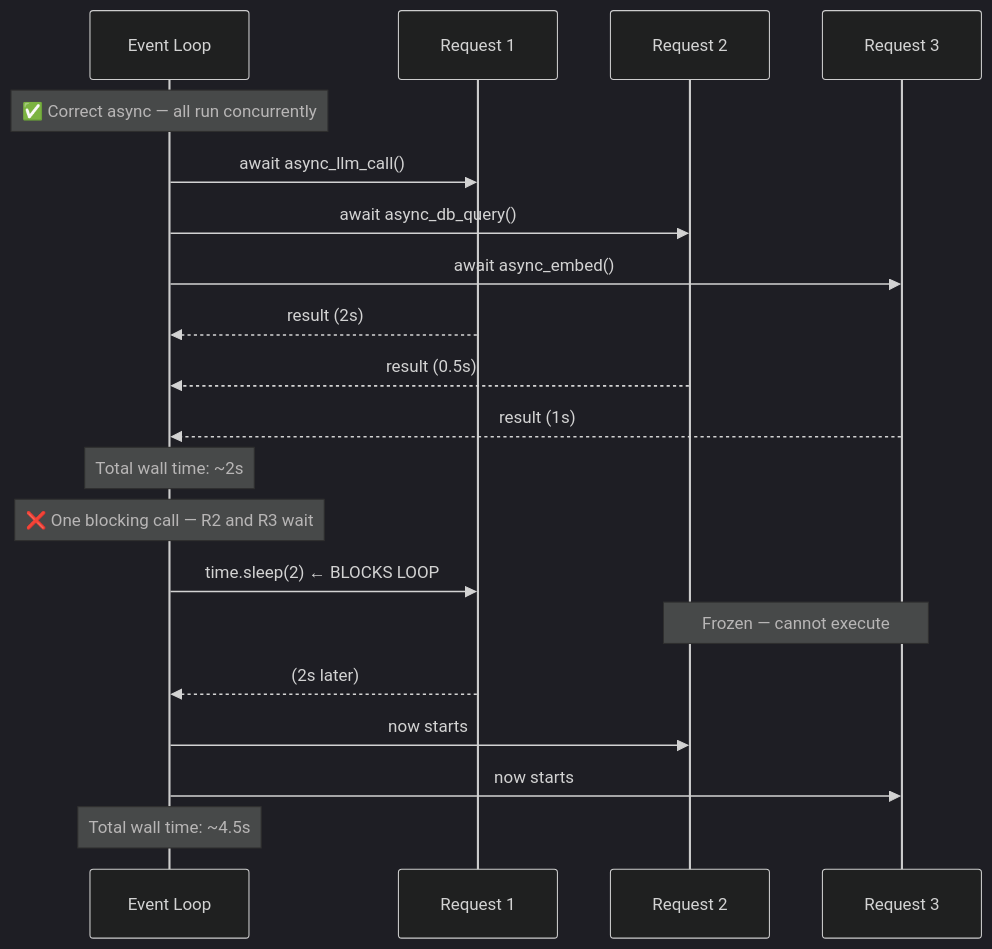
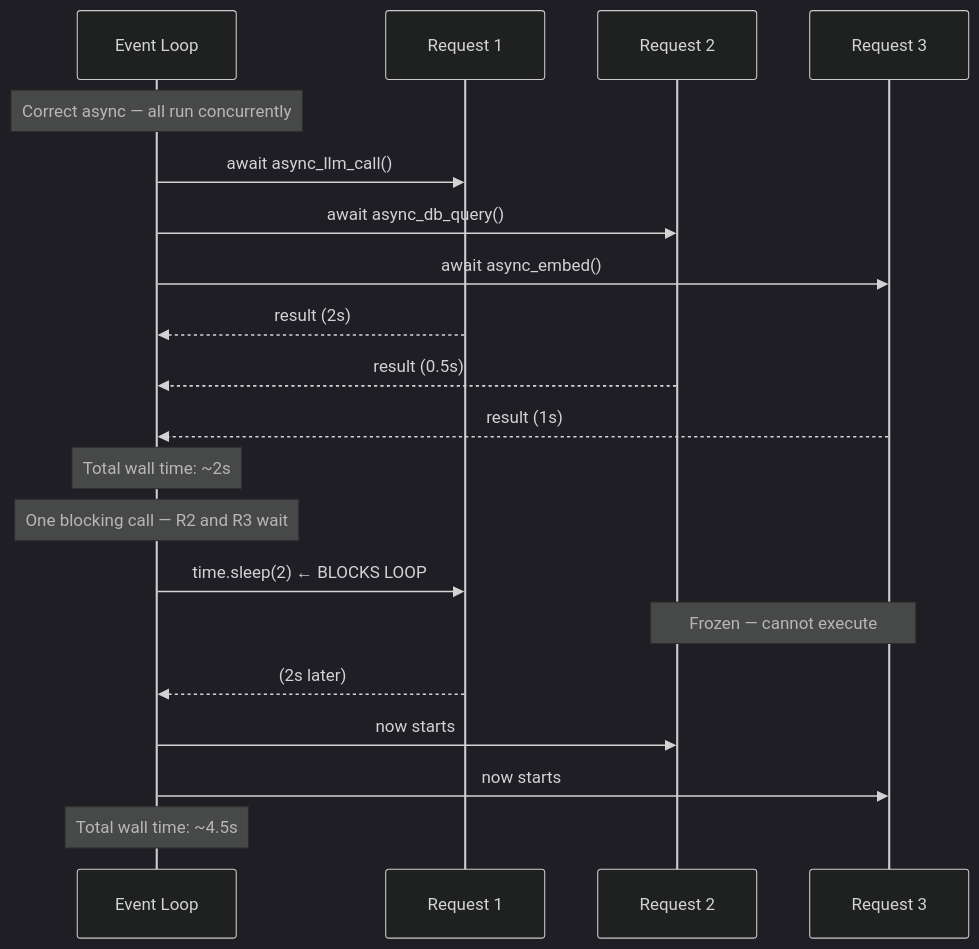
One commit to akmalkhaniub/akmalkhaniub.github.io changed the diagram in blog/posts/async-python-event-loop-mistakes.md. Above: the diagram before and after it, drawn with Mermaid. The commit also changed other lines of this file and 411 other files, not shown here.

````diff
--- a/blog/posts/async-python-event-loop-mistakes.md
+++ b/blog/posts/async-python-event-loop-mistakes.md
@@ -13,25 +13,25 @@
 ```mermaid
 %%{init: {'theme': 'dark', 'themeVariables': { 'primaryColor': '#f59e0b', 'primaryTextColor': '#f3f4f6', 'primaryBorderColor': '#fbbf24', 'lineColor': '#f59e0b', 'secondaryColor': '#111827', 'tertiaryColor': '#0f172a'}}}%%
 sequenceDiagram
     participant L as Event Loop
     participant R1 as Request 1
     participant R2 as Request 2
     participant R3 as Request 3
 
-    Note over L: ✅ Correct async — all run concurrently
+    Note over L:  Correct async — all run concurrently
     L->>R1: await async_llm_call()
     L->>R2: await async_db_query()
     L->>R3: await async_embed()
     R1-->>L: result (2s)
     R2-->>L: result (0.5s)
     R3-->>L: result (1s)
     Note over L: Total wall time: ~2s
 
-    Note over L: ❌ One blocking call — R2 and R3 wait
+    Note over L:  One blocking call — R2 and R3 wait
     L->>R1: time.sleep(2) ← BLOCKS LOOP
     Note over R2,R3: Frozen — cannot execute
     R1-->>L: (2s later)
     L->>R2: now starts
     L->>R3: now starts
     Note over L: Total wall time: ~4.5s
 ```
````
